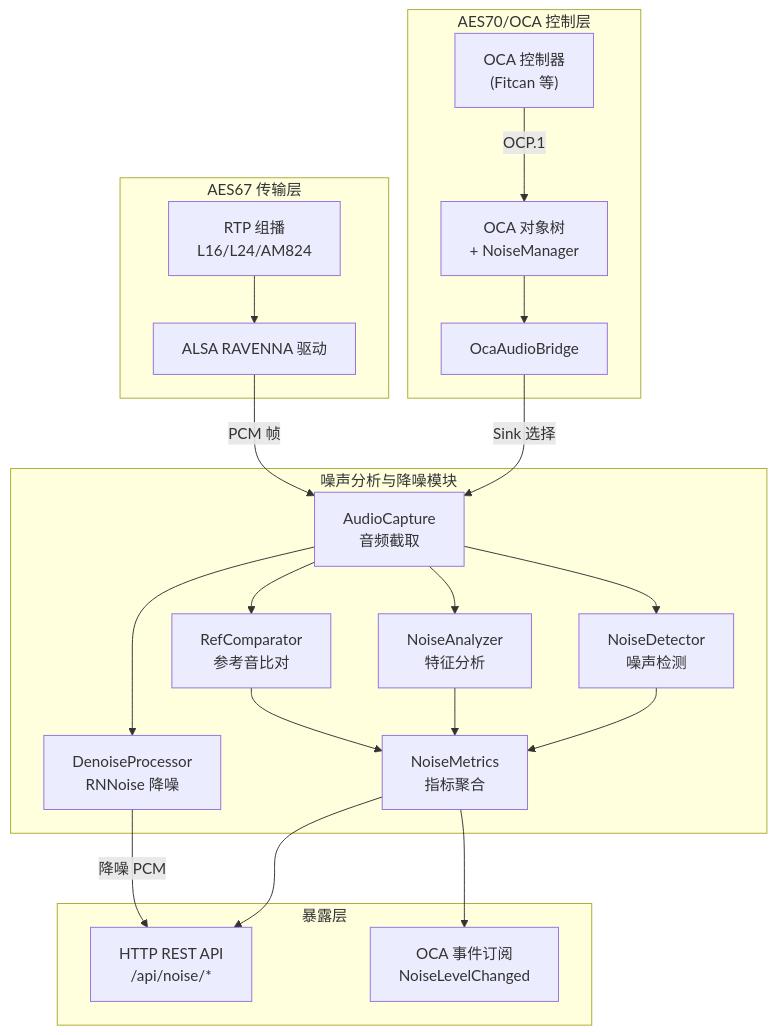
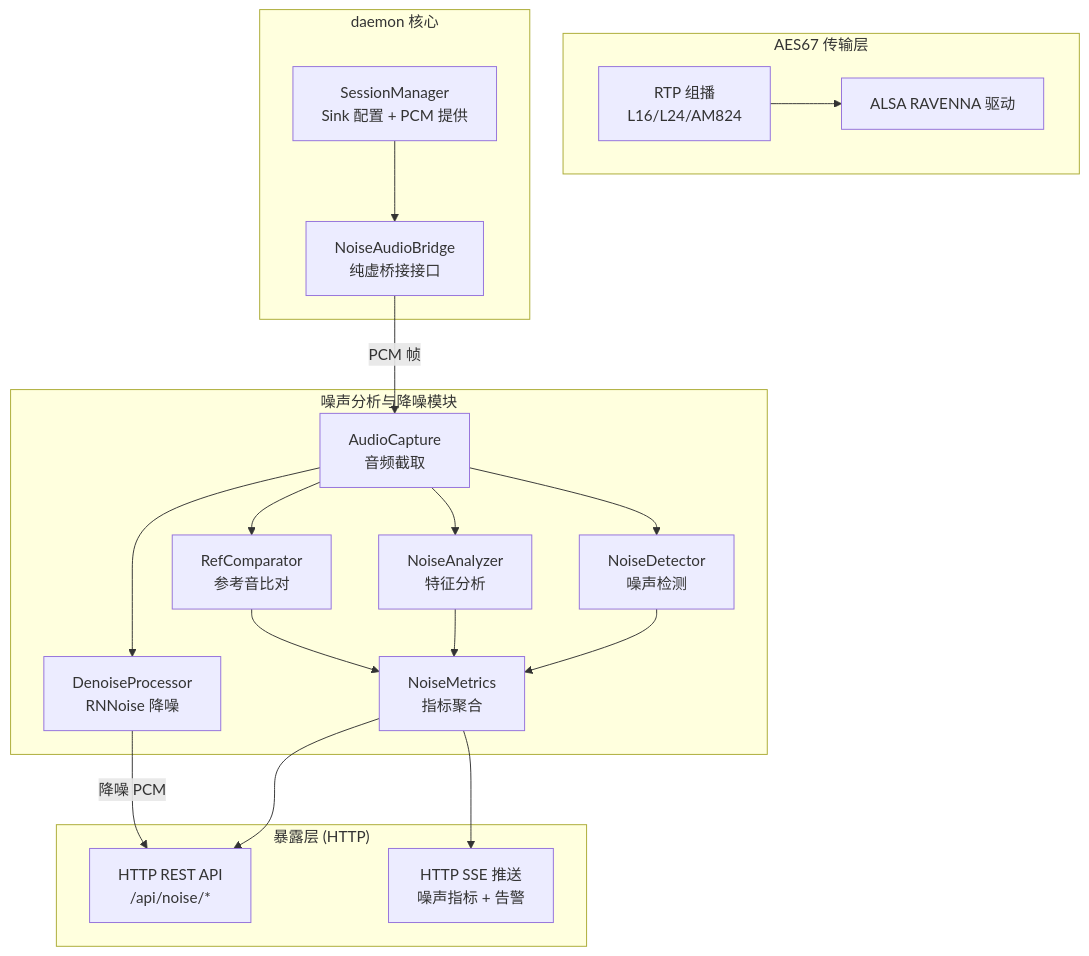
Before and after one commit to JunJunHub/aes67-linux-daemon: the second of 5 diagrams in docs/noise/architecture-design.md, drawn with Mermaid. The commit also changed other lines of this file and 2 other files, not shown here.

First line of the commit message:
docs(noise): 噪声参数与结果上报统一改用 HTTP，移除 OCA 扩展设计

````diff
--- a/docs/noise/architecture-design.md
+++ b/docs/noise/architecture-design.md
@@ -175,43 +174,40 @@
 ```mermaid
 flowchart TB
     subgraph AES67["AES67 传输层"]
         RTP["RTP 组播<br/>L16/L24/AM824"]
         ALSA["ALSA RAVENNA 驱动"]
     end
 
-    subgraph OCA["AES70/OCA 控制层"]
-        CTRL["OCA 控制器<br/>(Fitcan 等)"]
-        OCA_OBJ["OCA 对象树<br/>+ NoiseManager"]
-        BRIDGE["OcaAudioBridge"]
+    subgraph CORE["daemon 核心"]
+        SM["SessionManager<br/>Sink 配置 + PCM 提供"]
+        BRIDGE["NoiseAudioBridge<br/>纯虚桥接接口"]
     end
 
     subgraph NOISE["噪声分析与降噪模块"]
         CAP["AudioCapture<br/>音频截取"]
         DET["NoiseDetector<br/>噪声检测"]
         ANA["NoiseAnalyzer<br/>特征分析"]
         DNR["DenoiseProcessor<br/>RNNoise 降噪"]
         REF["RefComparator<br/>参考音比对"]
         MET["NoiseMetrics<br/>指标聚合"]
     end
 
-    subgraph API["暴露层"]
+    subgraph API["暴露层 (HTTP)"]
         HTTP["HTTP REST API<br/>/api/noise/*"]
-        OCA_EVT["OCA 事件订阅<br/>NoiseLevelChanged"]
+        SSE["HTTP SSE 推送<br/>噪声指标 + 告警"]
     end
 
     RTP --> ALSA
-    CTRL -->|OCP.1| OCA_OBJ
-    OCA_OBJ --> BRIDGE
-    BRIDGE -->|Sink 选择| CAP
-    ALSA -->|PCM 帧| CAP
+    SM --> BRIDGE
+    BRIDGE -->|PCM 帧| CAP
     CAP --> DET
     CAP --> ANA
     CAP --> DNR
     CAP --> REF
     DET --> MET
     ANA --> MET
     REF --> MET
     MET --> HTTP
-    MET --> OCA_EVT
+    MET --> SSE
     DNR -->|降噪 PCM| HTTP
 ```
````
